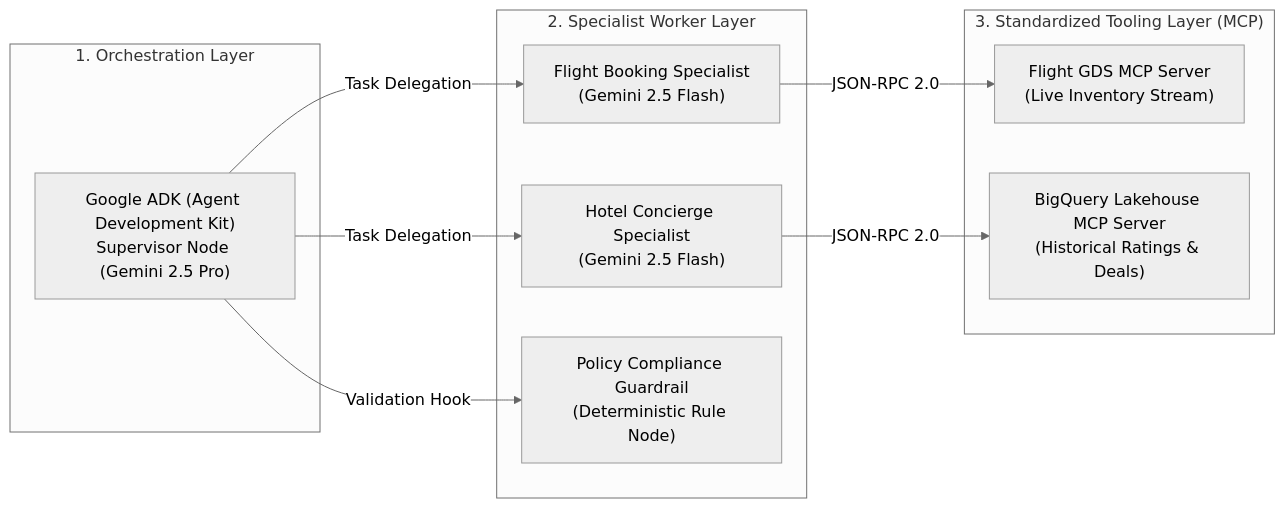
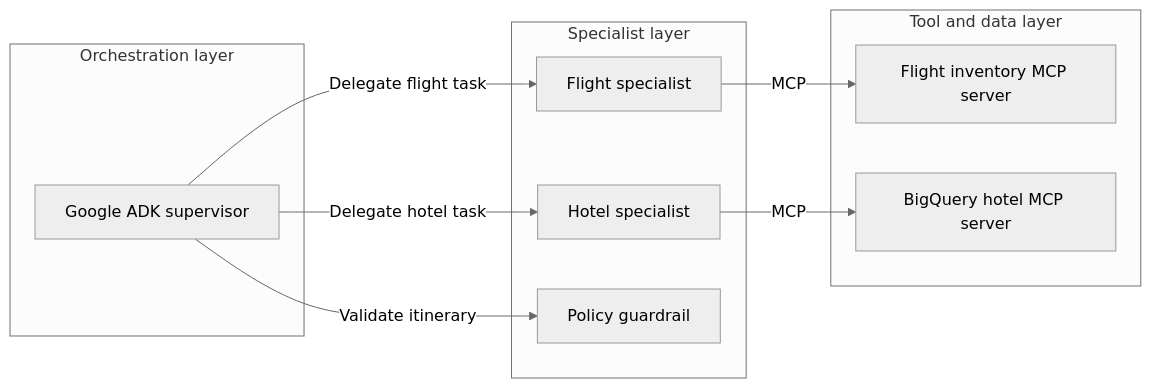
One commit to tharun15/gcloudcafe changed the second of 3 diagrams in content/english/blog/gemini-enterprise-multi-agent-swarm-adk-mcp.md. Above: the diagram before and after it, drawn with Mermaid (neutral theme). The commit also changed other lines of this file and 1 other file, not shown here.

````diff
--- a/content/english/blog/gemini-enterprise-multi-agent-swarm-adk-mcp.md
+++ b/content/english/blog/gemini-enterprise-multi-agent-swarm-adk-mcp.md
@@ -83,24 +85,24 @@
 ```mermaid
 flowchart LR
-    subgraph UI["1. Orchestration Layer"]
-        ADK["Google ADK (Agent Development Kit)<br/>Supervisor Node (Gemini 2.5 Pro)"]
+    subgraph Orchestration["Orchestration layer"]
+        ADK["Google ADK supervisor"]
     end
 
-    subgraph Workers["2. Specialist Worker Layer"]
-        A1["Flight Booking Specialist<br/>(Gemini 2.5 Flash)"]
-        A2["Hotel Concierge Specialist<br/>(Gemini 2.5 Flash)"]
-        A3["Policy Compliance Guardrail<br/>(Deterministic Rule Node)"]
+    subgraph Workers["Specialist layer"]
+        A1["Flight specialist"]
+        A2["Hotel specialist"]
+        A3["Policy guardrail"]
     end
 
-    subgraph Data["3. Standardized Tooling Layer (MCP)"]
-        MCP1["Flight GDS MCP Server<br/>(Live Inventory Stream)"]
-        MCP2["BigQuery Lakehouse MCP Server<br/>(Historical Ratings & Deals)"]
+    subgraph Data["Tool and data layer"]
+        MCP1["Flight inventory MCP server"]
+        MCP2["BigQuery hotel MCP server"]
     end
 
-    ADK -->|"Task Delegation"| A1
-    ADK -->|"Task Delegation"| A2
-    ADK -->|"Validation Hook"| A3
+    ADK -->|"Delegate flight task"| A1
+    ADK -->|"Delegate hotel task"| A2
+    ADK -->|"Validate itinerary"| A3
 
-    A1 -->|"JSON-RPC 2.0"| MCP1
-    A2 -->|"JSON-RPC 2.0"| MCP2
+    A1 -->|"MCP"| MCP1
+    A2 -->|"MCP"| MCP2
 ```
````
